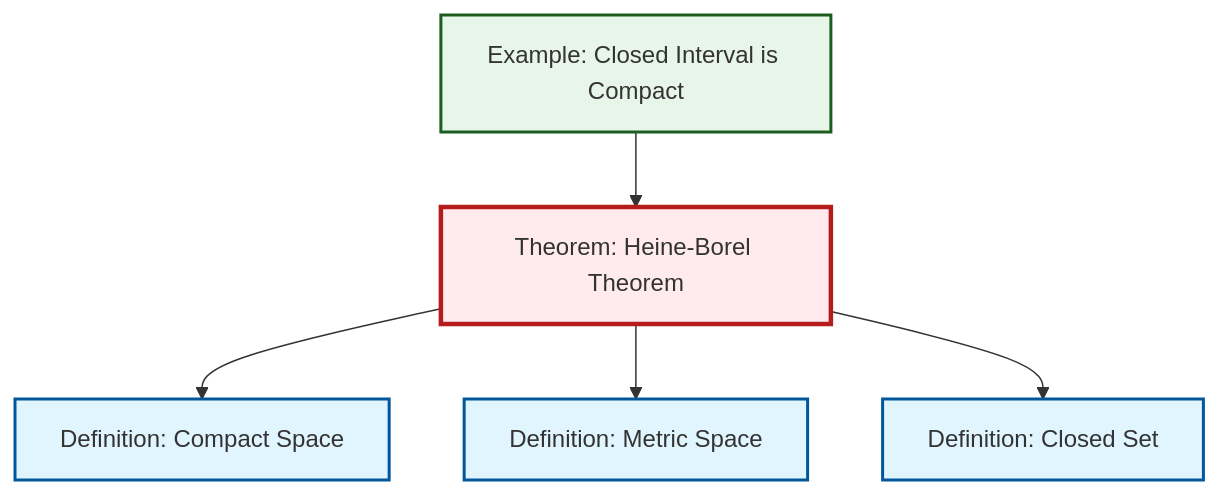
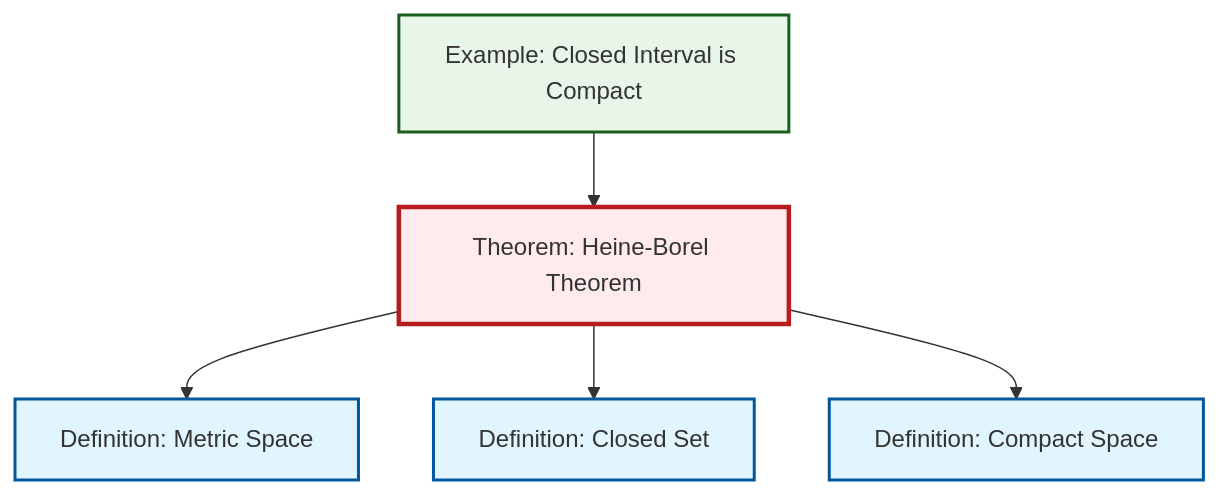
One commit to RK0429/ModernMath changed the diagram in output/mermaid/thm-heine-borel.mermaid. Above: the diagram before and after it, drawn with Mermaid. The commit also changed other lines of this file and 1121 other files, not shown here.

````diff
--- a/output/mermaid/thm-heine-borel.mermaid
+++ b/output/mermaid/thm-heine-borel.mermaid
@@ -1,19 +1,19 @@
 ```{mermaid}
 %%| fig-cap: "Local dependency graph"
 graph TD
     classDef definition fill:#e1f5fe,stroke:#01579b,stroke-width:2px
     classDef theorem fill:#f3e5f5,stroke:#4a148c,stroke-width:2px
     classDef axiom fill:#fff3e0,stroke:#e65100,stroke-width:2px
     classDef example fill:#e8f5e9,stroke:#1b5e20,stroke-width:2px
     classDef current fill:#ffebee,stroke:#b71c1c,stroke-width:3px
+    def-metric-space["Definition: Metric Space"]:::definition
+    ex-closed-interval-compact["Example: Closed Interval is Compact"]:::example
+    thm-heine-borel["Theorem: Heine-Borel Theorem"]:::theorem
+    def-compact["Definition: Compact Space"]:::definition
     def-closed-set["Definition: Closed Set"]:::definition
-    ex-closed-interval-compact["Example: Closed Interval is Compact"]:::example
-    def-compact["Definition: Compact Space"]:::definition
-    thm-heine-borel["Theorem: Heine-Borel Theorem"]:::theorem
-    def-metric-space["Definition: Metric Space"]:::definition
+    thm-heine-borel --> def-metric-space
+    thm-heine-borel --> def-closed-set
     ex-closed-interval-compact --> thm-heine-borel
     thm-heine-borel --> def-compact
-    thm-heine-borel --> def-metric-space
-    thm-heine-borel --> def-closed-set
     class thm-heine-borel current
 ```
````
